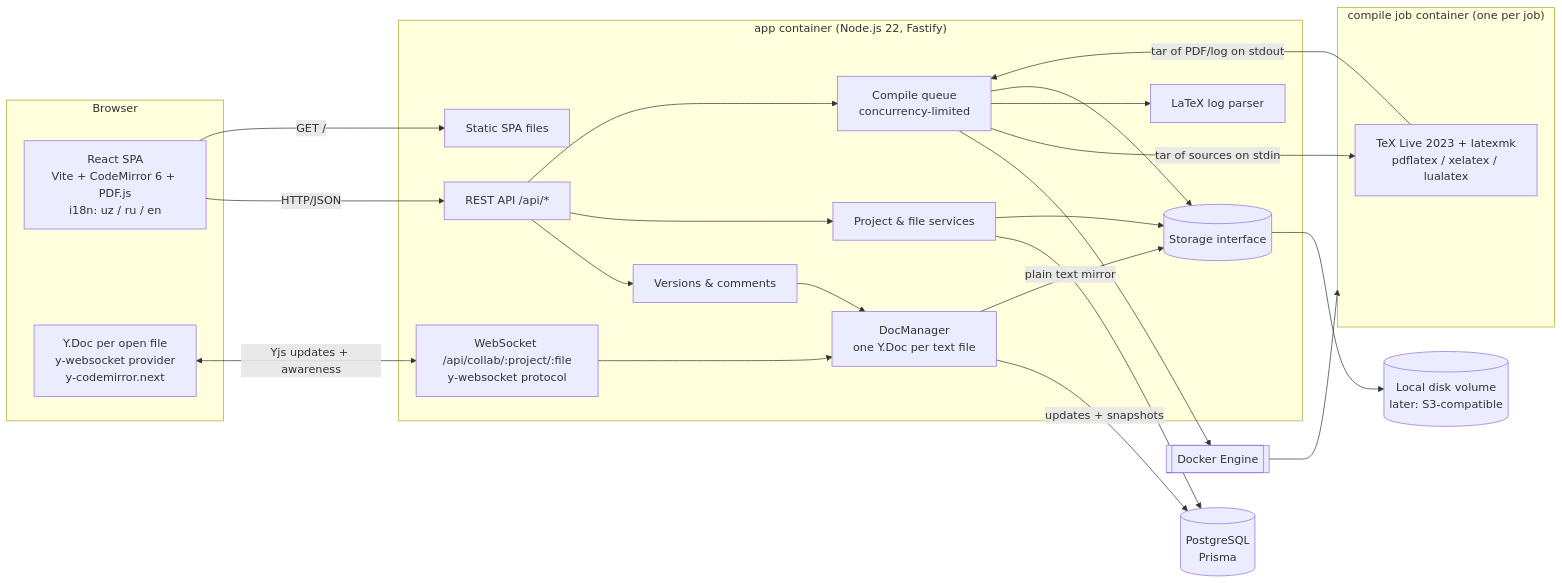
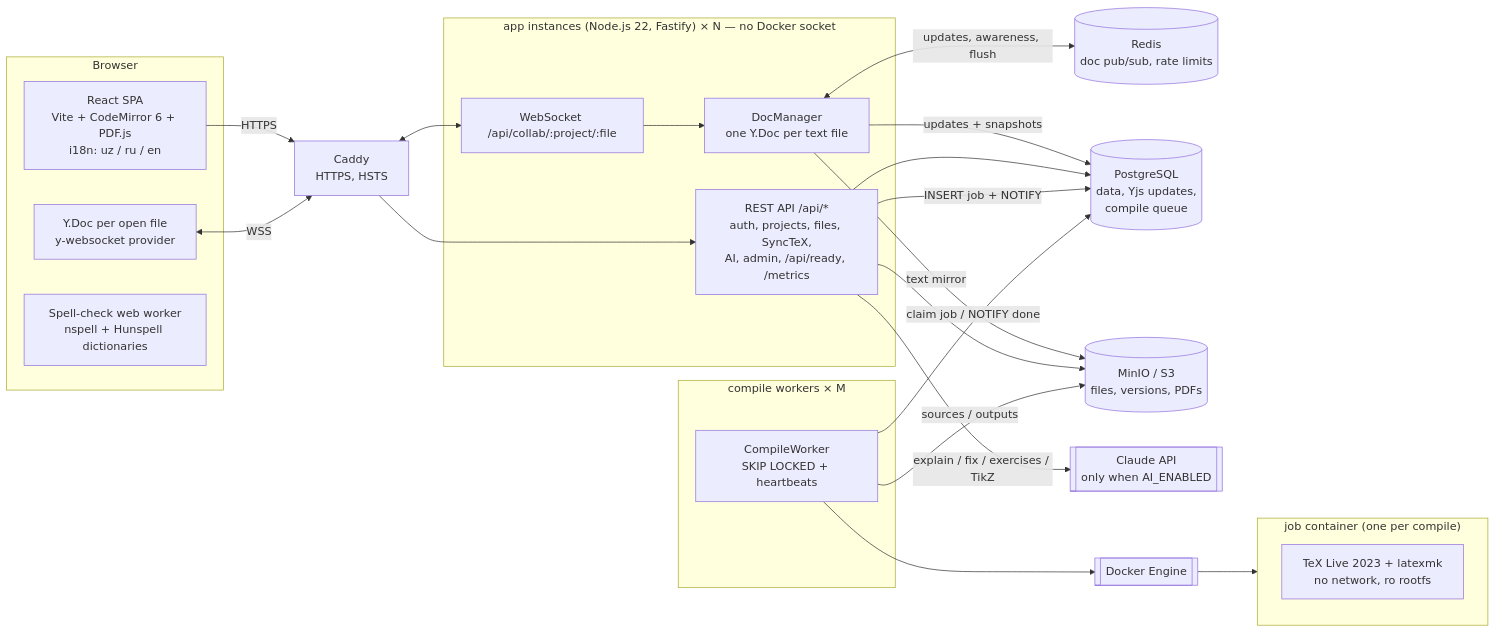
One commit to toshpolatovbehruz749-blip/Oversells changed the first of 4 diagrams in PLAN.md. Above: the diagram before and after it, drawn with Mermaid. The commit also changed other lines of this file and 1 other file, not shown here.

First line of the commit message:
Document Phase 4: PLAN (architecture, queue, cluster, decisions D47-D75), README

````diff
--- a/PLAN.md
+++ b/PLAN.md
@@ -14,42 +18,42 @@
 ```mermaid
 flowchart LR
   subgraph Browser
     UI[React SPA<br/>Vite + CodeMirror 6 + PDF.js<br/>i18n: uz / ru / en]
-    YC[Y.Doc per open file<br/>y-websocket provider<br/>y-codemirror.next]
+    YC[Y.Doc per open file<br/>y-websocket provider]
+    SW[Spell-check web worker<br/>nspell + Hunspell dictionaries]
   end
 
-  subgraph App["app container (Node.js 22, Fastify)"]
-    API[REST API /api/*]
-    WS[WebSocket /api/collab/:project/:file<br/>y-websocket protocol]
+  CADDY[Caddy<br/>HTTPS, HSTS]
+
+  subgraph Apps["app instances (Node.js 22, Fastify) × N — no Docker socket"]
+    API[REST API /api/*<br/>auth, projects, files, SyncTeX,<br/>AI, admin, /api/ready, /metrics]
+    WS[WebSocket /api/collab/:project/:file]
     DM[DocManager<br/>one Y.Doc per text file]
-    VS[Versions & comments]
-    STATIC[Static SPA files]
-    PS[Project & file services]
-    CQ[Compile queue<br/>concurrency-limited]
-    LP[LaTeX log parser]
-    ST[(Storage interface)]
   end
 
-  DB[(PostgreSQL<br/>Prisma)]
-  DISK[(Local disk volume<br/>later: S3-compatible)]
+  REDIS[(Redis<br/>doc pub/sub, rate limits)]
+  DB[(PostgreSQL<br/>data, Yjs updates,<br/>compile queue)]
+  S3[(MinIO / S3<br/>files, versions, PDFs)]
+  CLAUDE[[Claude API<br/>only when AI_ENABLED]]
+
+  subgraph Workers["compile workers × M"]
+    CW[CompileWorker<br/>SKIP LOCKED + heartbeats]
+  end
   DOCKER[[Docker Engine]]
-
-  subgraph Job["compile job container (one per job)"]
-    TL[TeX Live 2023 + latexmk<br/>pdflatex / xelatex / lualatex]
+  subgraph Job["job container (one per compile)"]
+    TL[TeX Live 2023 + latexmk<br/>no network, ro rootfs]
   end
 
-  UI -- HTTP/JSON --> API
-  UI -- GET / --> STATIC
-  YC <-- Yjs updates + awareness --> WS
-  WS --> DM
+  UI -- HTTPS --> CADDY --> API
+  YC <-- WSS --> CADDY <--> WS --> DM
+  DM <-- updates, awareness, flush --> REDIS
   DM -- updates + snapshots --> DB
-  DM -- plain text mirror --> ST
-  API --> VS --> DM
-  API --> PS --> DB
-  PS --> ST --> DISK
-  API --> CQ --> DOCKER --> Job
-  CQ -- tar of sources on stdin --> TL
-  TL -- tar of PDF/log on stdout --> CQ
-  CQ --> LP
-  CQ --> ST
+  DM -- text mirror --> S3
+  API --> DB
+  API --> S3
+  API -- explain / fix / exercises / TikZ --> CLAUDE
+  API -- INSERT job + NOTIFY --> DB
+  CW -- claim job / NOTIFY done --> DB
+  CW -- sources / outputs --> S3
+  CW --> DOCKER --> Job
 ```
````
